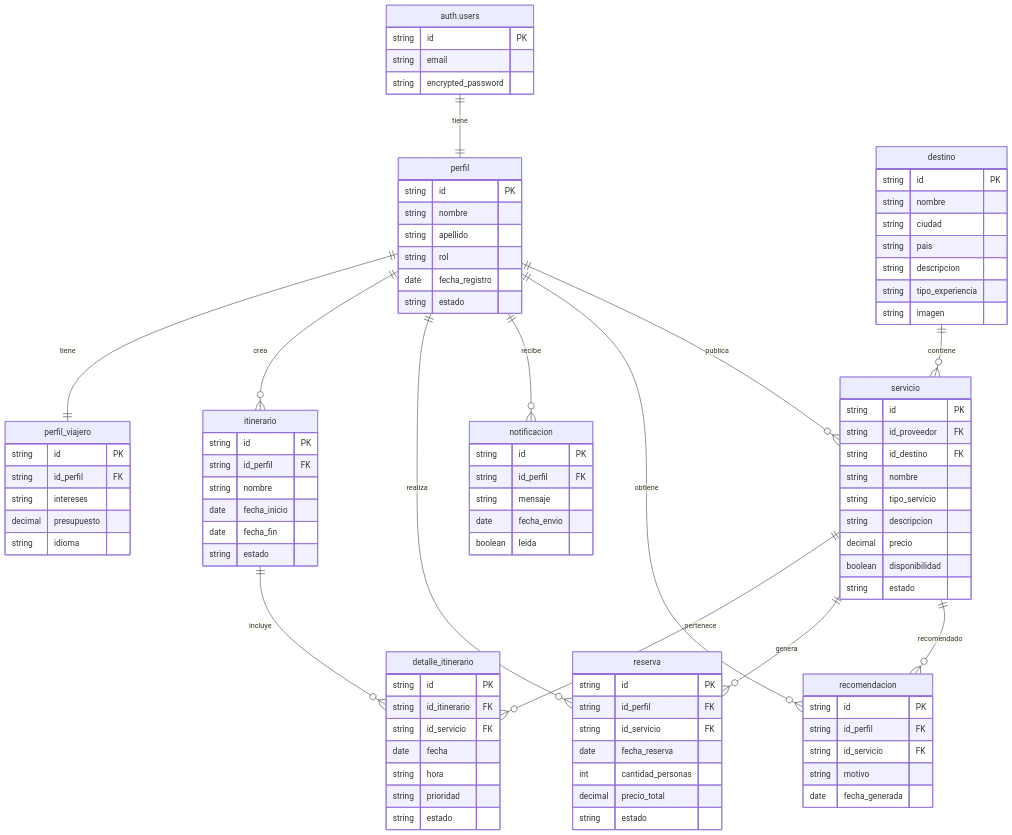
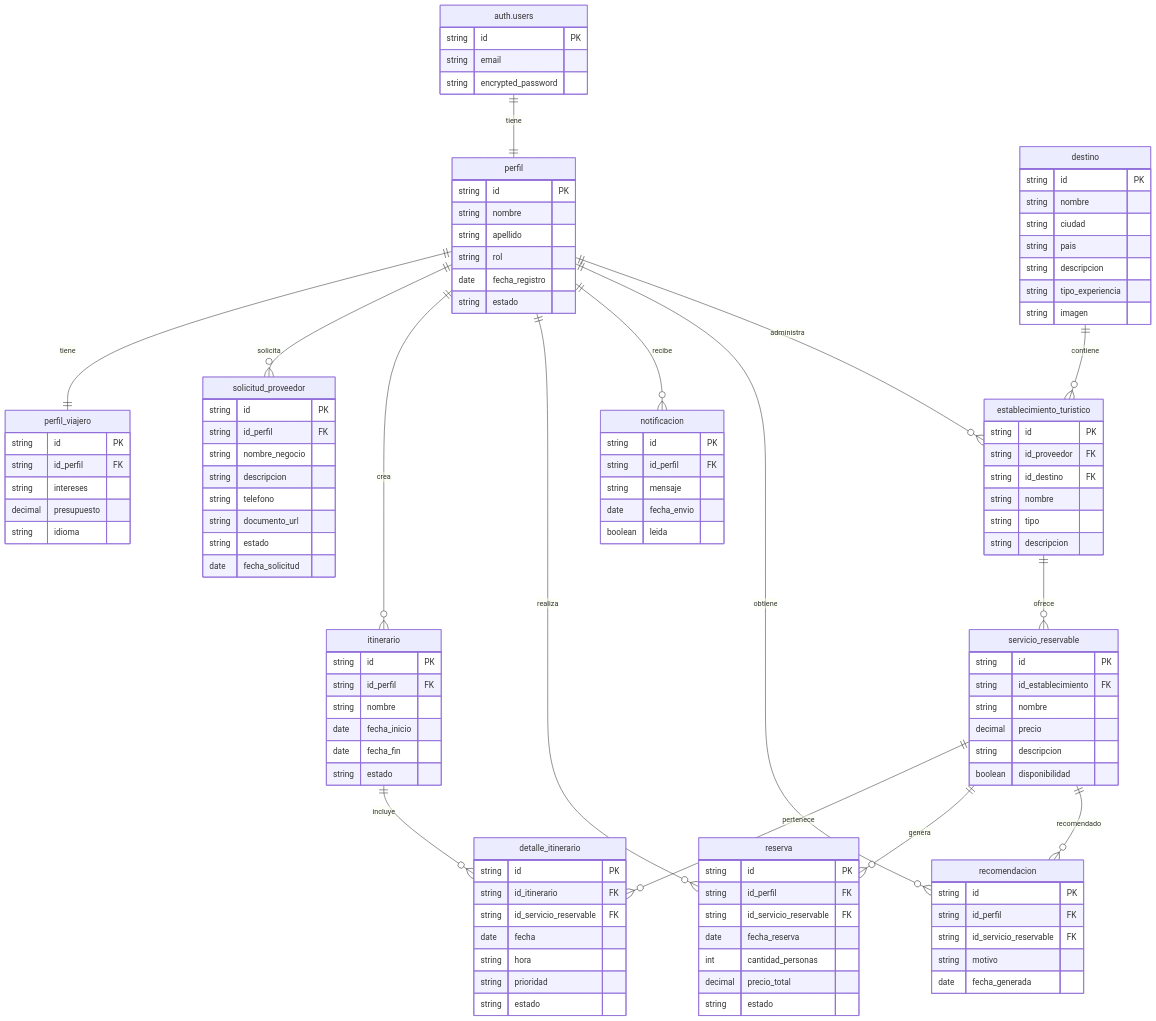
One commit to FortyTwo43/SmartTravel changed the diagram in README.md. Above: the diagram before and after it, drawn with Mermaid. The commit also changed 23 other files, not shown here.

````diff
--- a/README.md
+++ b/README.md
@@ -63,120 +63,141 @@
 ```mermaid
 erDiagram
 
-    auth.users{
-        string id PK
-        string email
-        string encrypted_password
-    }
+auth.users{
+    string id PK
+    string email
+    string encrypted_password
+}
 
-    perfil {
-        string id PK
-        string nombre
-        string apellido
-        string rol
-        date fecha_registro
-        string estado
-    }
+perfil {
+    string id PK
+    string nombre
+    string apellido
+    string rol
+    date fecha_registro
+    string estado
+}
 
-    perfil_viajero {
-        string id PK
-        string id_perfil FK
-        string intereses
-        decimal presupuesto
-        string idioma
-    }
+perfil_viajero {
+    string id PK
+    string id_perfil FK
+    string intereses
+    decimal presupuesto
+    string idioma
+}
 
-    destino {
-        string id PK
-        string nombre
-        string ciudad
-        string pais
-        string descripcion
-        string tipo_experiencia
-        string imagen
-    }
+solicitud_proveedor {
+    string id PK
+    string id_perfil FK
+    string nombre_negocio
+    string descripcion
+    string telefono
+    string documento_url
+    string estado
+    date fecha_solicitud
+}
 
-    servicio {
-        string id PK
-        string id_proveedor FK
-        string id_destino FK
-        string nombre
-        string tipo_servicio
-        string descripcion
-        decimal precio
-        boolean disponibilidad
-        string estado
-    }
+destino {
+    string id PK
+    string nombre
+    string ciudad
+    string pais
+    string descripcion
+    string tipo_experiencia
+    string imagen
+}
 
-    itinerario {
-        string id PK
-        string id_perfil FK
-        string nombre
-        date fecha_inicio
-        date fecha_fin
-        string estado
-    }
+establecimiento_turistico {
+    string id PK
+    string id_proveedor FK
+    string id_destino FK
+    string nombre
+    string tipo
+    string descripcion
+}
 
-    detalle_itinerario {
-        string id PK
-        string id_itinerario FK
-        string id_servicio FK
-        date fecha
-        string hora
-        string prioridad
-        string estado
-    }
+servicio_reservable {
+    string id PK
+    string id_establecimiento FK
+    string nombre
+    decimal precio
+    string descripcion
+    boolean disponibilidad
+}
 
-    reserva {
-        string id PK
-        string id_perfil FK
-        string id_servicio FK
-        date fecha_reserva
-        int cantidad_personas
-        decimal precio_total
-        string estado
-    }
+itinerario {
+    string id PK
+    string id_perfil FK
+    string nombre
+    date fecha_inicio
+    date fecha_fin
+    string estado
+}
 
-    recomendacion {
-        string id PK
-        string id_perfil FK
-        string id_servicio FK
-        string motivo
-        date fecha_generada
-    }
+detalle_itinerario {
+    string id PK
+    string id_itinerario FK
+    string id_servicio_reservable FK
+    date fecha
+    string hora
+    string prioridad
+    string estado
+}
 
-    notificacion {
-        string id PK
-        string id_perfil FK
-        string mensaje
-        date fecha_envio
-        boolean leida
-    }
+reserva {
+    string id PK
+    string id_perfil FK
+    string id_servicio_reservable FK
+    date fecha_reserva
+    int cantidad_personas
+    decimal precio_total
+    string estado
+}
+
+recomendacion {
+    string id PK
+    string id_perfil FK
+    string id_servicio_reservable FK
+    string motivo
+    date fecha_generada
+}
+
+notificacion {
+    string id PK
+    string id_perfil FK
+    string mensaje
+    date fecha_envio
+    boolean leida
+}
 
 
-    %% RELACIONES
+%% RELACIONES
 
-    auth.users ||--|| perfil : tiene
+auth.users ||--|| perfil : tiene
 
-    perfil ||--|| perfil_viajero : tiene
+perfil ||--|| perfil_viajero : tiene
 
-    perfil ||--o{ itinerario : crea
+perfil ||--o{ solicitud_proveedor : solicita
 
-    perfil ||--o{ reserva : realiza
+perfil ||--o{ itinerario : crea
 
-    perfil ||--o{ notificacion : recibe
+perfil ||--o{ reserva : realiza
 
-    perfil ||--o{ recomendacion : obtiene
+perfil ||--o{ notificacion : recibe
 
-    destino ||--o{ servicio : contiene
+perfil ||--o{ recomendacion : obtiene
 
-    perfil ||--o{ servicio : publica
+destino ||--o{ establecimiento_turistico : contiene
 
-    itinerario ||--o{ detalle_itinerario : incluye
+perfil ||--o{ establecimiento_turistico : administra
 
-    servicio ||--o{ detalle_itinerario : pertenece
+establecimiento_turistico ||--o{ servicio_reservable : ofrece
 
-    servicio ||--o{ reserva : genera
+itinerario ||--o{ detalle_itinerario : incluye
 
-    servicio ||--o{ recomendacion : recomendado
+servicio_reservable ||--o{ detalle_itinerario : pertenece
+
+servicio_reservable ||--o{ reserva : genera
+
+servicio_reservable ||--o{ recomendacion : recomendado
 ```
````
